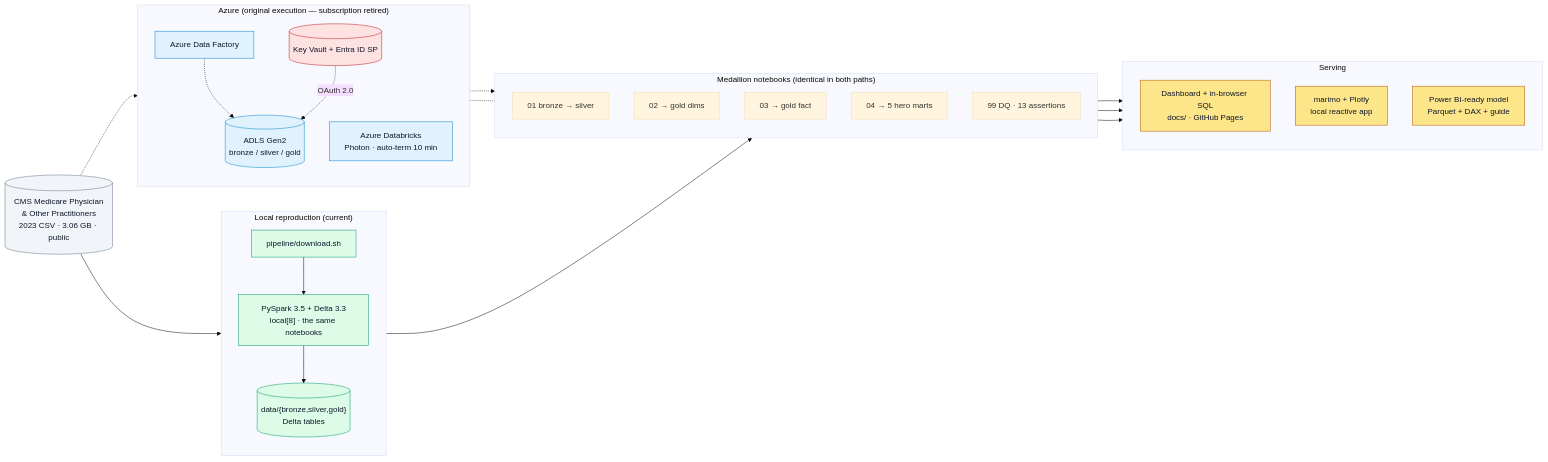
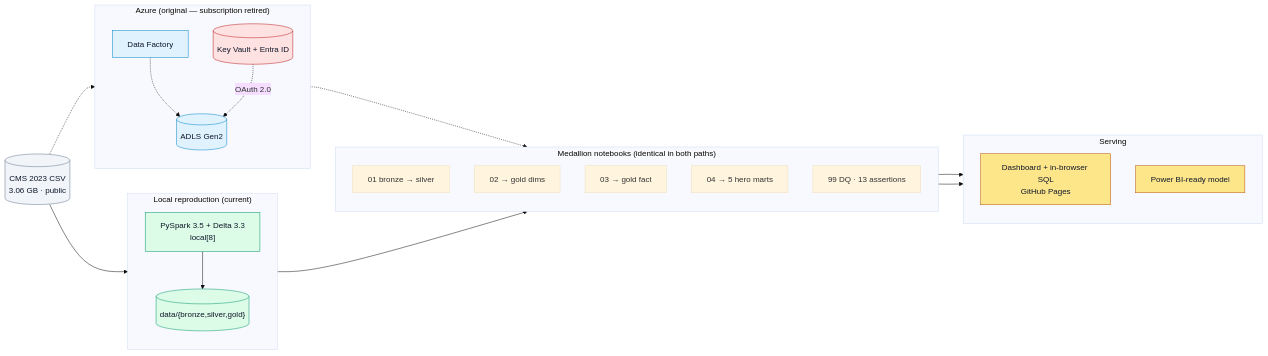
One commit to DiazSk/healthcare-lakehouse-azure changed the diagram in README.md. Above: the diagram before and after it, drawn with Mermaid (base theme). The commit also changed other lines of this file, not shown here.

````diff
--- a/README.md
+++ b/README.md
@@ -39,51 +63,44 @@
 ```mermaid
 flowchart LR
-    CMS[("CMS Medicare Physician<br/>& Other Practitioners<br/>2023 CSV · 3.06 GB · public")]:::source
+    CMS[("CMS 2023 CSV<br/>3.06 GB · public")]:::source
 
     subgraph LOCAL["Local reproduction (current)"]
         direction TB
-        DL["pipeline/download.sh"]:::local
-        LSPARK["PySpark 3.5 + Delta 3.3<br/>local[8] · the same notebooks"]:::local
-        LDATA[("data/{bronze,silver,gold}<br/>Delta tables")]:::local
+        LSPARK["PySpark 3.5 + Delta 3.3<br/>local[8]"]:::local
+        LDATA[("data/{bronze,silver,gold}")]:::local
     end
 
-    subgraph AZ["Azure (original execution — subscription retired)"]
+    subgraph AZ["Azure (original — subscription retired)"]
         direction TB
-        ADF["Azure Data Factory"]:::azure
-        DBX["Azure Databricks<br/>Photon · auto-term 10 min"]:::azure
-        LAKE[("ADLS Gen2<br/>bronze / silver / gold")]:::azure
-        KV[("Key Vault + Entra ID SP")]:::secret
+        ADF["Data Factory"]:::azure
+        LAKE[("ADLS Gen2")]:::azure
+        KV[("Key Vault + Entra ID")]:::secret
     end
 
     subgraph NB["Medallion notebooks (identical in both paths)"]
         direction TB
         N1["01 bronze → silver"]
         N2["02 → gold dims"]
         N3["03 → gold fact"]
         N4["04 → 5 hero marts"]
         N5["99 DQ · 13 assertions"]
     end
 
     subgraph VIZ["Serving"]
         direction TB
-        WEB["Dashboard + in-browser SQL<br/>docs/ · GitHub Pages"]:::viz
-        MAR["marimo + Plotly<br/>local reactive app"]:::viz
-        PBI["Power BI-ready model<br/>Parquet + DAX + guide"]:::viz
+        WEB["Dashboard + in-browser SQL<br/>GitHub Pages"]:::viz
+        PBI["Power BI-ready model"]:::viz
     end
 
-    CMS --> DL --> LSPARK --> LDATA
-    CMS -.-> ADF -.-> LAKE
-    LDATA --> NB
-    LAKE -.-> NB
-    DBX -.- NB
+    CMS --> LSPARK --> LDATA --> NB
+    CMS -.-> ADF -.-> LAKE -.-> NB
     KV -.->|"OAuth 2.0"| LAKE
     NB --> WEB
-    NB --> MAR
     NB --> PBI
 
-    classDef source  fill:#F1F5F9,stroke:#64748B,color:#0F172A
-    classDef azure   fill:#E0F2FE,stroke:#0284C7,color:#0F172A
-    classDef local   fill:#DCFCE7,stroke:#059669,color:#0F172A
-    classDef secret  fill:#FEE2E2,stroke:#B91C1C,color:#0F172A
-    classDef viz     fill:#FDE68A,stroke:#B45309,color:#0F172A
+    classDef source fill:#F1F5F9,stroke:#64748B,color:#0F172A
+    classDef azure  fill:#E0F2FE,stroke:#0284C7,color:#0F172A
+    classDef local  fill:#DCFCE7,stroke:#059669,color:#0F172A
+    classDef secret fill:#FEE2E2,stroke:#B91C1C,color:#0F172A
+    classDef viz    fill:#FDE68A,stroke:#B45309,color:#0F172A
 ```
````
